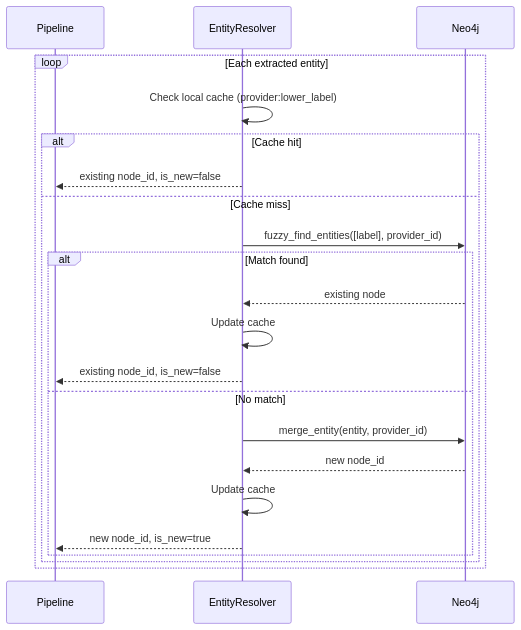
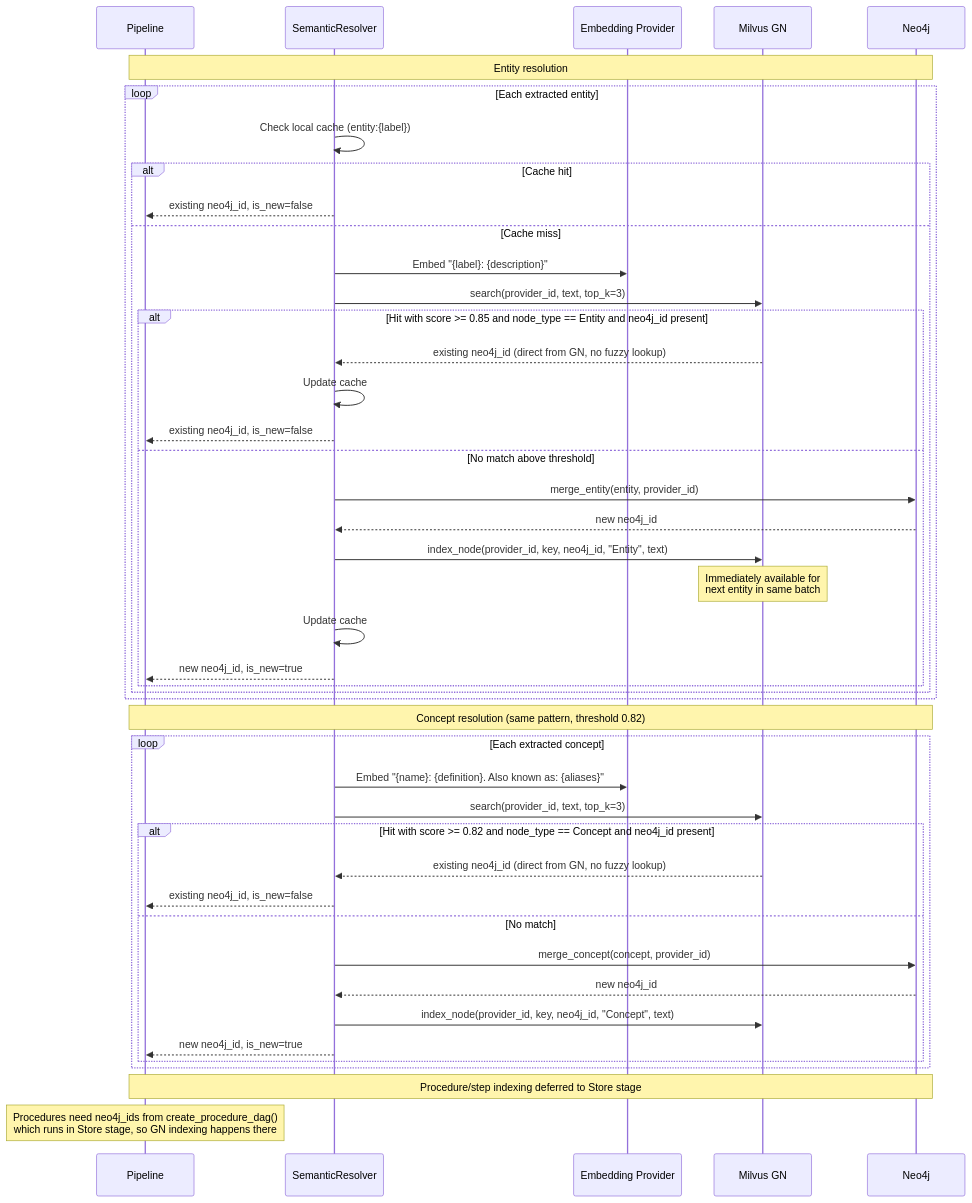
The sixth of 7 diagrams in docs/ingestion-pipeline.md (rashwin88/trident-demo), drawn with Mermaid before and after one commit. The commit also changed other lines of this file and 50 other files, not shown here.

````diff
--- a/docs/ingestion-pipeline.md
+++ b/docs/ingestion-pipeline.md
@@ -175,25 +249,49 @@
 ```mermaid
 sequenceDiagram
     participant P as Pipeline
-    participant R as EntityResolver
+    participant SR as SemanticResolver
+    participant EMB as Embedding Provider
+    participant GN as Milvus GN
     participant G as Neo4j
 
+    Note over P,G: Entity resolution
     loop Each extracted entity
-        R->>R: Check local cache (provider:lower_label)
+        SR->>SR: Check local cache (entity:{label})
         alt Cache hit
-            R-->>P: existing node_id, is_new=false
+            SR-->>P: existing neo4j_id, is_new=false
         else Cache miss
-            R->>G: fuzzy_find_entities([label], provider_id)
-            alt Match found
-                G-->>R: existing node
-                R->>R: Update cache
-                R-->>P: existing node_id, is_new=false
-            else No match
-                R->>G: merge_entity(entity, provider_id)
-                G-->>R: new node_id
-                R->>R: Update cache
-                R-->>P: new node_id, is_new=true
+            SR->>EMB: Embed "{label}: {description}"
+            SR->>GN: search(provider_id, text, top_k=3)
+            alt Hit with score >= 0.85 and node_type == Entity and neo4j_id present
+                GN-->>SR: existing neo4j_id (direct from GN, no fuzzy lookup)
+                SR->>SR: Update cache
+                SR-->>P: existing neo4j_id, is_new=false
+            else No match above threshold
+                SR->>G: merge_entity(entity, provider_id)
+                G-->>SR: new neo4j_id
+                SR->>GN: index_node(provider_id, key, neo4j_id, "Entity", text)
+                Note over GN: Immediately available for<br/>next entity in same batch
+                SR->>SR: Update cache
+                SR-->>P: new neo4j_id, is_new=true
             end
         end
     end
+
+    Note over P,G: Concept resolution (same pattern, threshold 0.82)
+    loop Each extracted concept
+        SR->>EMB: Embed "{name}: {definition}. Also known as: {aliases}"
+        SR->>GN: search(provider_id, text, top_k=3)
+        alt Hit with score >= 0.82 and node_type == Concept and neo4j_id present
+            GN-->>SR: existing neo4j_id (direct from GN, no fuzzy lookup)
+            SR-->>P: existing neo4j_id, is_new=false
+        else No match
+            SR->>G: merge_concept(concept, provider_id)
+            G-->>SR: new neo4j_id
+            SR->>GN: index_node(provider_id, key, neo4j_id, "Concept", text)
+            SR-->>P: new neo4j_id, is_new=true
+        end
+    end
+
+    Note over P,G: Procedure/step indexing deferred to Store stage
+    Note over P: Procedures need neo4j_ids from create_procedure_dag()<br/>which runs in Store stage, so GN indexing happens there
 ```
````
